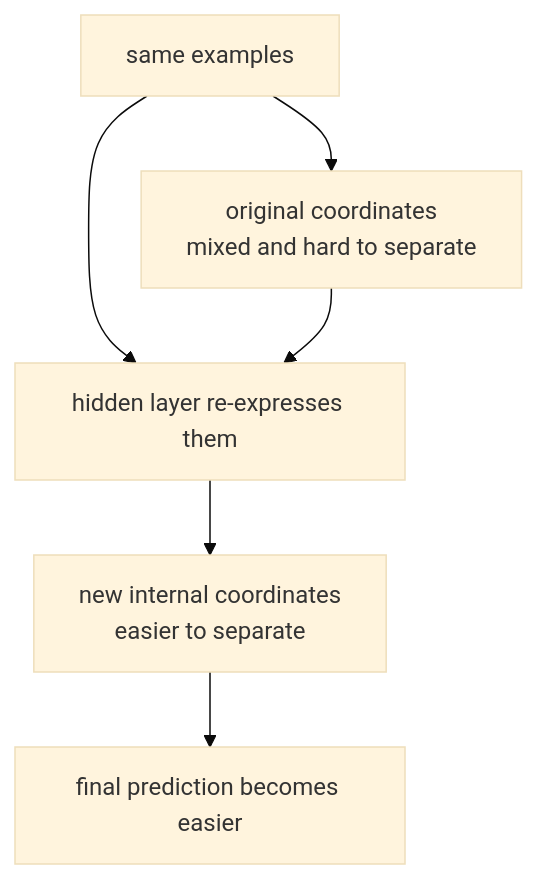
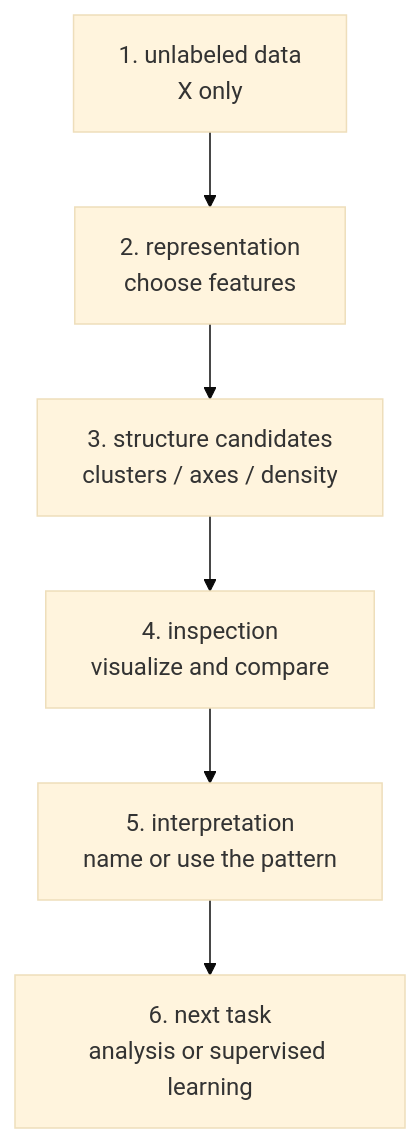
One commit to devchan64/AiBook changed the diagram in docs/parts/part-04/chapter-02/section-02.md. Above: the diagram before and after it, drawn with Mermaid (base theme). The commit also changed other lines of this file and 213 other files, not shown here.

````diff
--- a/docs/parts/part-04/chapter-02/section-02.md
+++ b/docs/parts/part-04/chapter-02/section-02.md
@@ -88,12 +60,15 @@
 ```mermaid
-flowchart TD
-  A["same examples"]
-  B["original coordinates<br/>mixed and hard to separate"]
-  C["hidden layer re-expresses them"]
-  D["new internal coordinates<br/>easier to separate"]
-  E["final prediction becomes easier"]
+flowchart TB
+  A["1. unlabeled data<br/>X only"]
+  B["2. representation<br/>choose features"]
+  C["3. structure candidates<br/>clusters / axes / density"]
+  D["4. inspection<br/>visualize and compare"]
+  E["5. interpretation<br/>name or use the pattern"]
+  F["6. next task<br/>analysis or supervised learning"]
 
   A --> B
-  A --> C
-  B --> C --> D --> E
+  B --> C
+  C --> D
+  D --> E
+  E --> F
 ```
````
